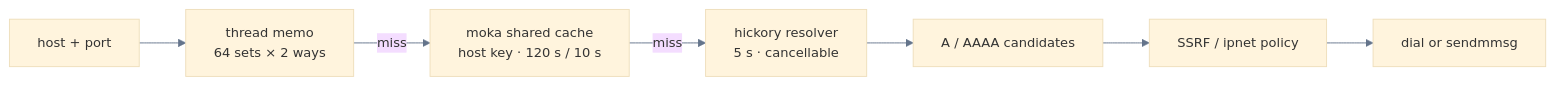
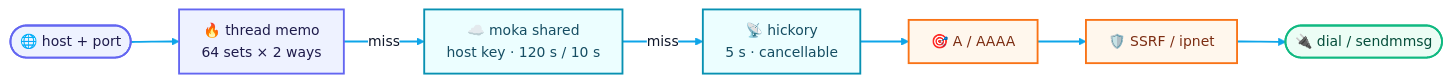
Diagram 22 of 25 in README.md (Terutoki/MyQUIC2), drawn with Mermaid before and after one commit. The commit also changed other lines of this file, not shown here.

First line of the commit message:
docs(readme): redraw the Mermaid atlas with a polished visual system

````diff
--- a/README.md
+++ b/README.md
@@ -875,10 +1013,24 @@
 ```mermaid
-%%{init: {"theme":"base","themeVariables":{"fontSize":"14px","lineColor":"#64748b"}}}%%
+%%{init: {"theme":"base","themeVariables":{"fontSize":"15px","primaryColor":"#eef2ff","primaryTextColor":"#0f172a","primaryBorderColor":"#6366f1","lineColor":"#94a3b8","secondaryColor":"#ecfeff","tertiaryColor":"#fff7ed","edgeLabelBackground":"#ffffff","clusterBkg":"#f8fafc","clusterBorder":"#e2e8f0","mainBkg":"#ffffff","noteBkgColor":"#eff6ff","noteBorderColor":"#93c5fd","noteTextColor":"#1e3a8a"},"flowchart":{"curve":"basis","nodeSpacing":34,"rankSpacing":52,"padding":12,"htmlLabels":true}} }%%
 flowchart LR
-Q["host + port"] --> TM["thread memo<br/>64 sets × 2 ways"]
-    TM -->|"miss"| MK["moka shared cache<br/>host key · 120 s / 10 s"]
-    MK -->|"miss"| H["hickory resolver<br/>5 s · cancellable"]
-    H --> C["A / AAAA candidates"]
-    C --> P["SSRF / ipnet policy"]
-    P --> O["dial or sendmmsg"]
+Q(["🌐 host + port"]) --> TM["🔥 thread memo<br/>64 sets × 2 ways"]
+    TM -->|"miss"| MK["☁️ moka shared<br/>host key · 120 s / 10 s"]
+    MK -->|"miss"| H["📡 hickory<br/>5 s · cancellable"]
+    H --> C["🎯 A / AAAA"]
+    C --> P["🛡️ SSRF / ipnet"]
+    P --> O(["🔌 dial / sendmmsg"])
+    class Q,TM coreC
+    class MK,H wireC
+    class C,P warmC
+    class O clientC
+    linkStyle 0,1,2,3,4,5 stroke:#0ea5e9,stroke-width:2px
+
+    classDef clientC fill:#ecfdf5,stroke:#10b981,stroke-width:2px,color:#064e3b
+    classDef coreC fill:#eef2ff,stroke:#6366f1,stroke-width:2px,color:#1e1b4b
+    classDef wireC fill:#ecfeff,stroke:#0891b2,stroke-width:2px,color:#164e63
+    classDef warmC fill:#fff7ed,stroke:#f97316,stroke-width:2px,color:#7c2d12
+    classDef dangerC fill:#fff1f2,stroke:#e11d48,stroke-width:2px,color:#881337
+    classDef muteC fill:#f8fafc,stroke:#cbd5e1,color:#475569
+    classDef noteC fill:#f5f3ff,stroke:#8b5cf6,stroke-width:1.5px,color:#4c1d95
+    classDef decisionC fill:#fef3c7,stroke:#d97706,stroke-width:2px,color:#78350f
 ```
````
